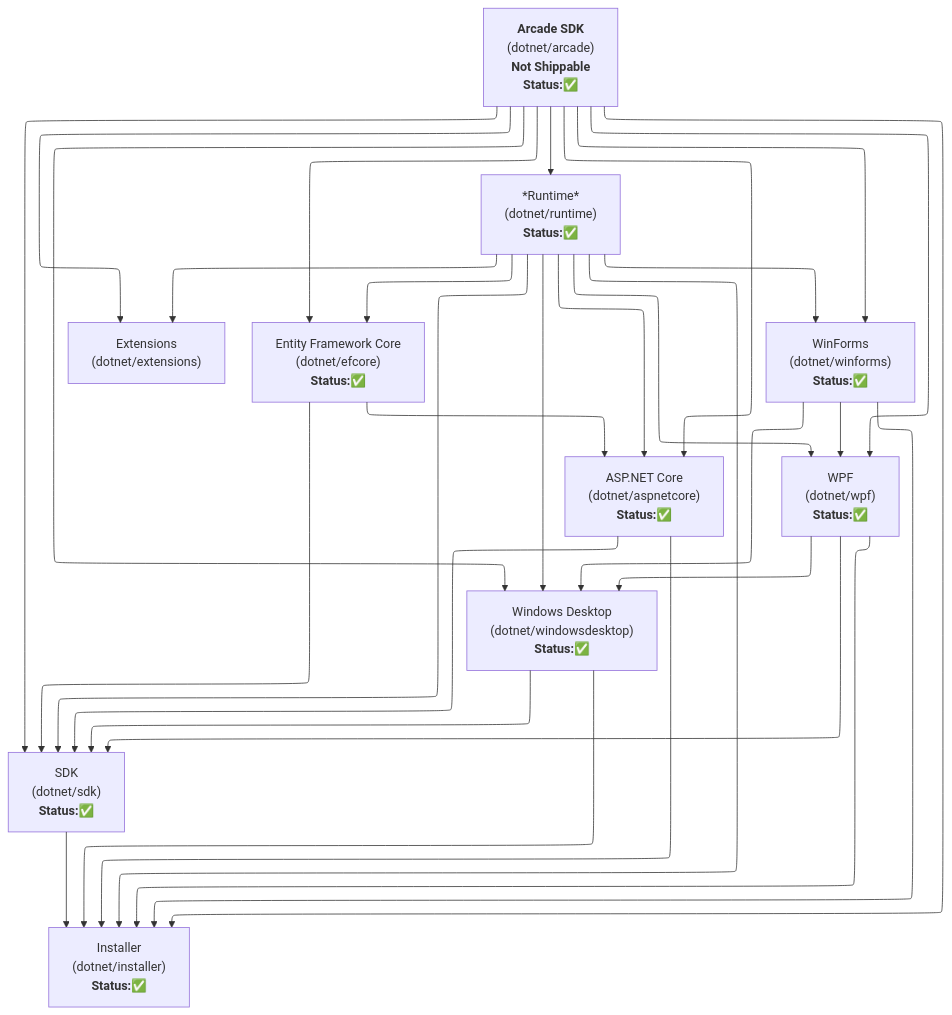
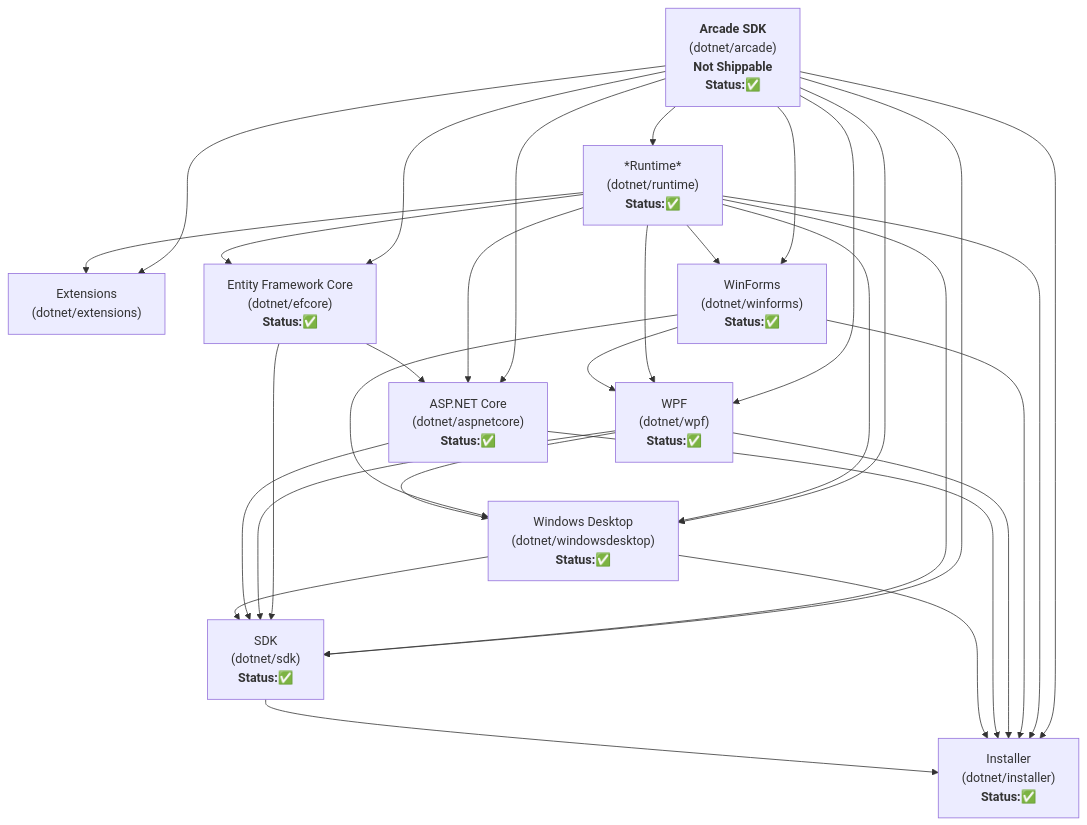
Before and after one commit to udlose/MermaidPad: the diagram in Examples/Flowchart.mmd, drawn with Mermaid.

Commit message:
Remove config section from Flowchart.mmd
Removed configuration section from Flowchart.mmd

```diff
--- a/Examples/Flowchart.mmd
+++ b/Examples/Flowchart.mmd
@@ -1,57 +1,53 @@
----
-config:
-  layout: elk
----
 flowchart TD
     %% Nodes
     Arcade["<strong>Arcade SDK</strong><br/>(dotnet/arcade)<br/><strong>Not Shippable<br/>Status:✅</strong>"]
     Runtime["*Runtime*<br/>(dotnet/runtime)<br/><strong>Status:✅</strong>"]
     Extensions["Extensions<br/>(dotnet/extensions)"]
     EFCore["Entity Framework Core<br/>(dotnet/efcore)<br/><strong>Status:✅</strong>"]
     ASPNetCore["ASP.NET Core<br/>(dotnet/aspnetcore)<br/><strong>Status:✅</strong>"]
     WinForms["WinForms<br/>(dotnet/winforms)<br/><strong>Status:✅</strong>"]
     WPF["WPF<br/>(dotnet/wpf)<br/><strong>Status:✅</strong>"]
     WindowsDesktop["Windows Desktop<br/>(dotnet/windowsdesktop)<br/><strong>Status:✅</strong>"]
     SDK["SDK<br/>(dotnet/sdk)<br/><strong>Status:✅</strong>"]
     Installer["Installer<br/>(dotnet/installer)<br/><strong>Status:✅</strong>"]
 
     %% Build-time (Arcade SDK) dependencies
     Arcade --> Runtime
     Arcade --> Extensions
     Arcade --> EFCore
     Arcade --> ASPNetCore
     Arcade --> WinForms
     Arcade --> WPF
     Arcade --> WindowsDesktop
     Arcade --> SDK
     Arcade --> Installer
 
     %% Runtime as foundational dependency
     Runtime --> Extensions
     Runtime --> EFCore
     Runtime --> ASPNetCore
     Runtime --> WinForms
     Runtime --> WPF
     Runtime --> WindowsDesktop
     Runtime --> SDK
     Runtime --> Installer
 
     %% Cross-component dependencies
     EFCore --> ASPNetCore
     EFCore --> SDK
     
     WinForms --> WPF
     WinForms --> WindowsDesktop
     WinForms --> Installer
 
     WPF --> WindowsDesktop
     WPF --> SDK
     WPF --> Installer
 
     ASPNetCore --> SDK
     ASPNetCore --> Installer
 
     WindowsDesktop --> SDK
     WindowsDesktop --> Installer
 
     SDK --> Installer
```
